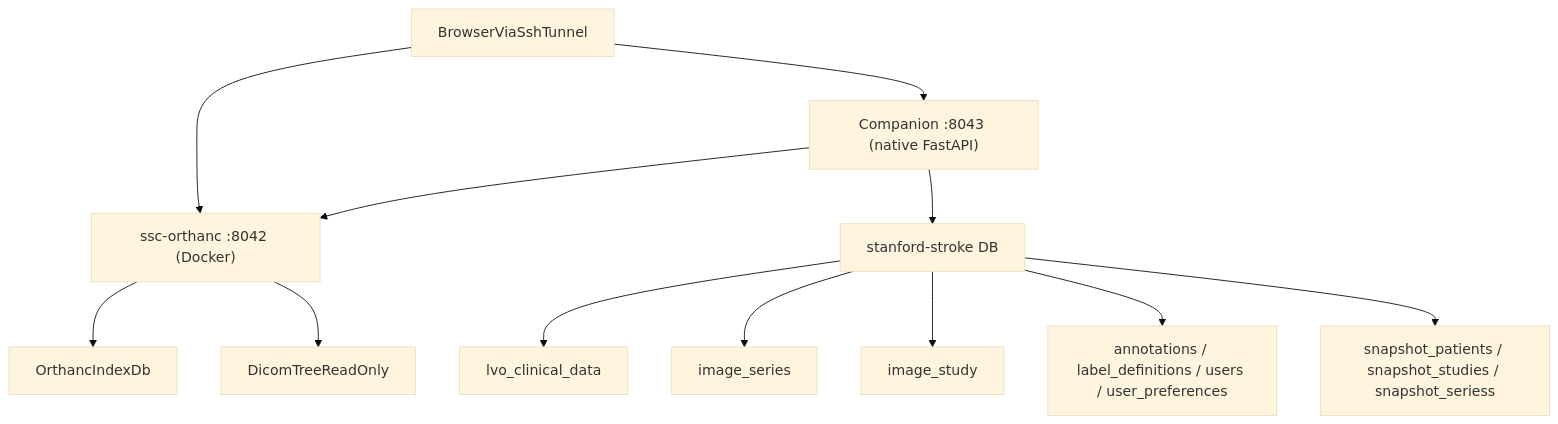
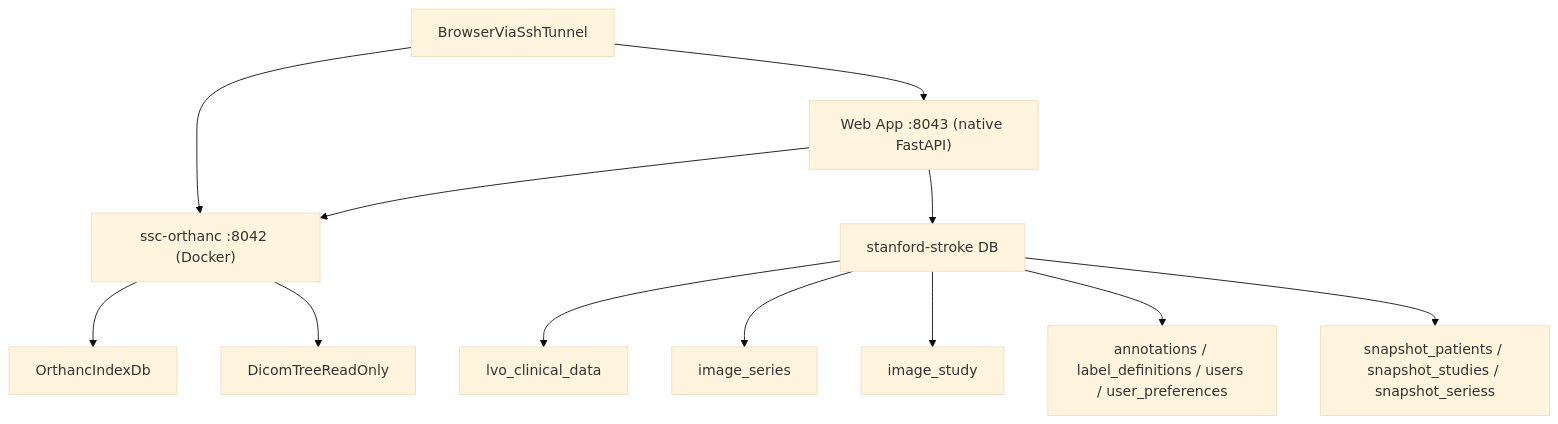
The diagram in stanford-stroke-pacs/documentation/reference/architecture.md (perecanals/ssc-pacs), drawn with Mermaid (base theme) before and after one commit. The commit also changed other lines of this file and 164 other files, not shown here.

First line of the commit message:
Rename companion/ dir → web-app/ and ssc-companion service → ssc-web-app

````diff
--- a/stanford-stroke-pacs/documentation/reference/architecture.md
+++ b/stanford-stroke-pacs/documentation/reference/architecture.md
@@ -17,14 +17,14 @@
 ```mermaid
 flowchart TD
     Browser[BrowserViaSshTunnel] --> Orthanc8042["ssc-orthanc :8042 (Docker)"]
-    Browser --> Companion8043["Companion :8043 (native FastAPI)"]
+    Browser --> WebApp8043["Web App :8043 (native FastAPI)"]
     Orthanc8042 --> OrthancDb[OrthancIndexDb]
     Orthanc8042 --> DicomTree[DicomTreeReadOnly]
-    Companion8043 --> SscDb[stanford-stroke DB]
-    Companion8043 --> Orthanc8042
+    WebApp8043 --> SscDb[stanford-stroke DB]
+    WebApp8043 --> Orthanc8042
     SscDb --> LvoClinicalData[lvo_clinical_data]
     SscDb --> ImageSeries[image_series]
     SscDb --> ImageStudy[image_study]
     SscDb --> AnnotationTables[annotations / label_definitions / users / user_preferences]
     SscDb --> SnapshotTables[snapshot_patients / snapshot_studies / snapshot_seriess]
 ```
````
